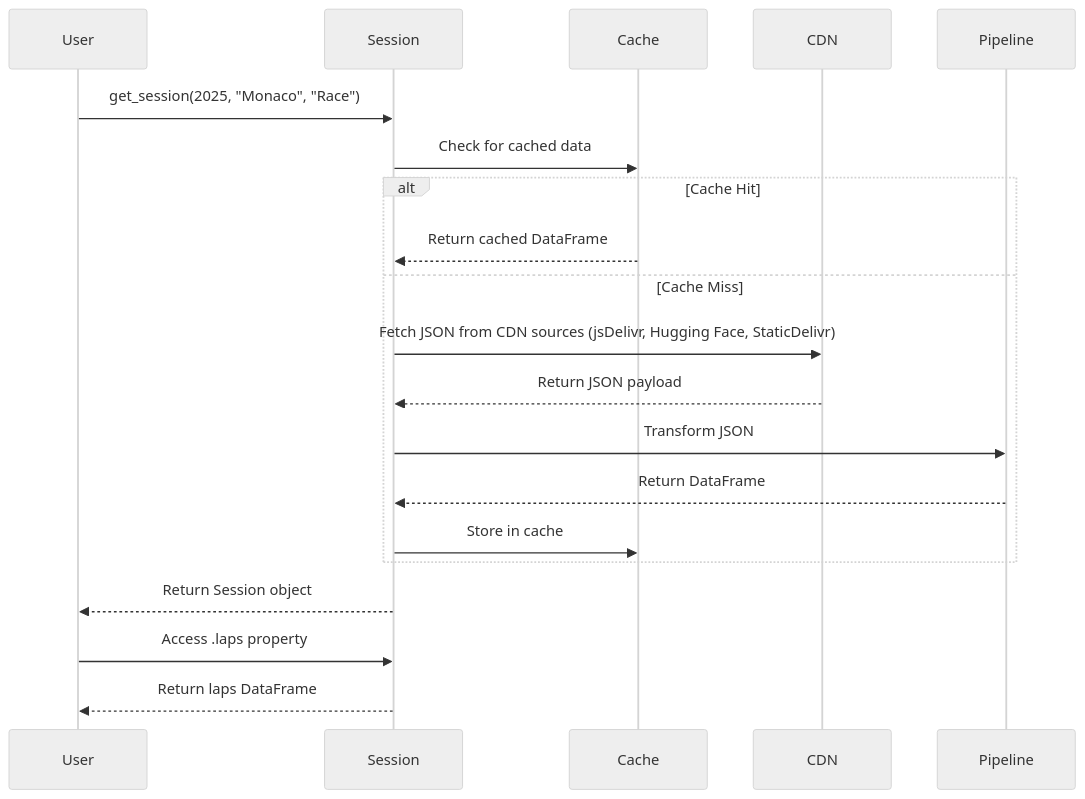
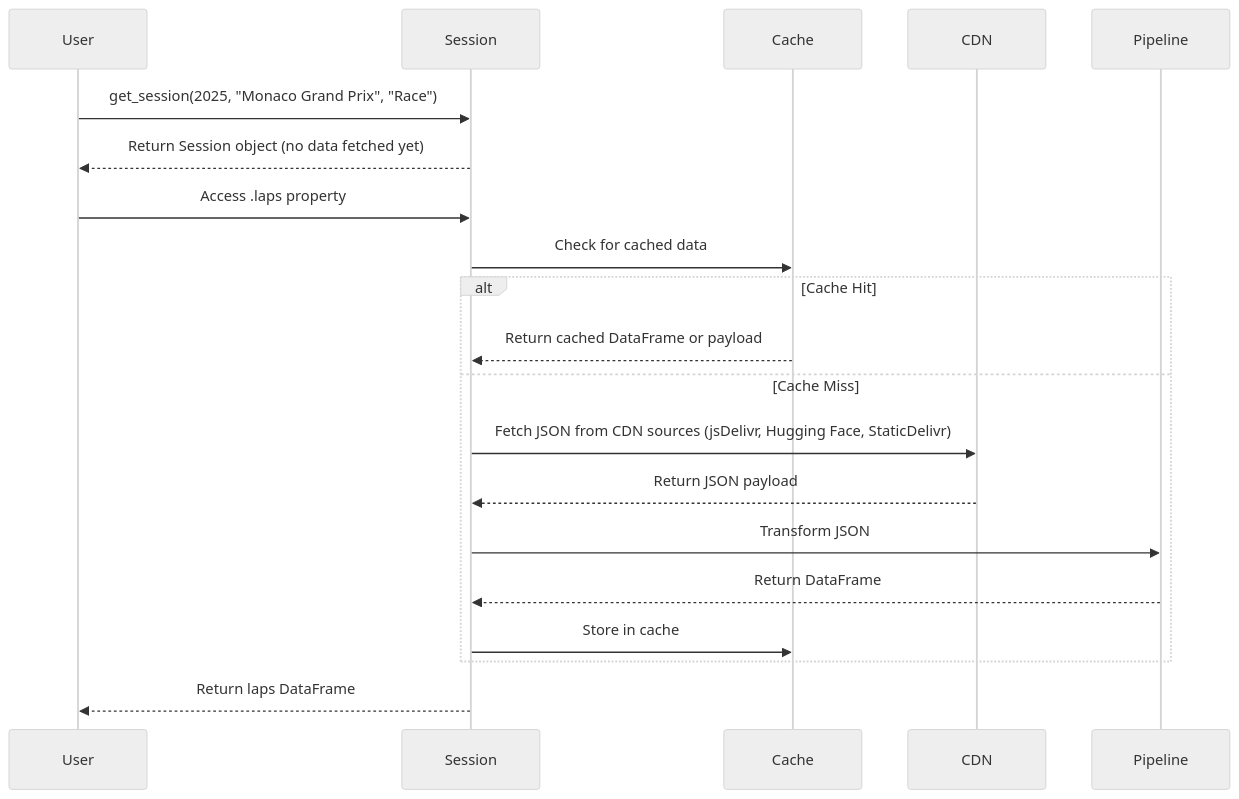
Before and after one commit to TracingInsights/tif1: the second of 2 diagrams in docs/architecture.mdx, drawn with Mermaid (neutral theme). The commit also changed other lines of this file and 84 other files, not shown here.

````diff
--- a/docs/architecture.mdx
+++ b/docs/architecture.mdx
@@ -49,23 +80,23 @@
 ```mermaid
 sequenceDiagram
     participant User
     participant Session
     participant Cache
     participant CDN
     participant Pipeline
 
-    User->>Session: get_session(2025, "Monaco", "Race")
+    User->>Session: get_session(2025, "Monaco Grand Prix", "Race")
+    Session-->>User: Return Session object (no data fetched yet)
+    User->>Session: Access .laps property
     Session->>Cache: Check for cached data
     alt Cache Hit
-        Cache-->>Session: Return cached DataFrame
+        Cache-->>Session: Return cached DataFrame or payload
     else Cache Miss
         Session->>CDN: Fetch JSON from CDN sources (jsDelivr, Hugging Face, StaticDelivr)
         CDN-->>Session: Return JSON payload
         Session->>Pipeline: Transform JSON
         Pipeline-->>Session: Return DataFrame
         Session->>Cache: Store in cache
     end
-    Session-->>User: Return Session object
-    User->>Session: Access .laps property
     Session-->>User: Return laps DataFrame
 ```
````
